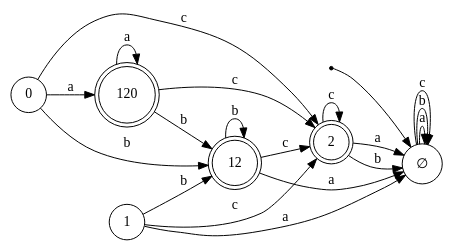
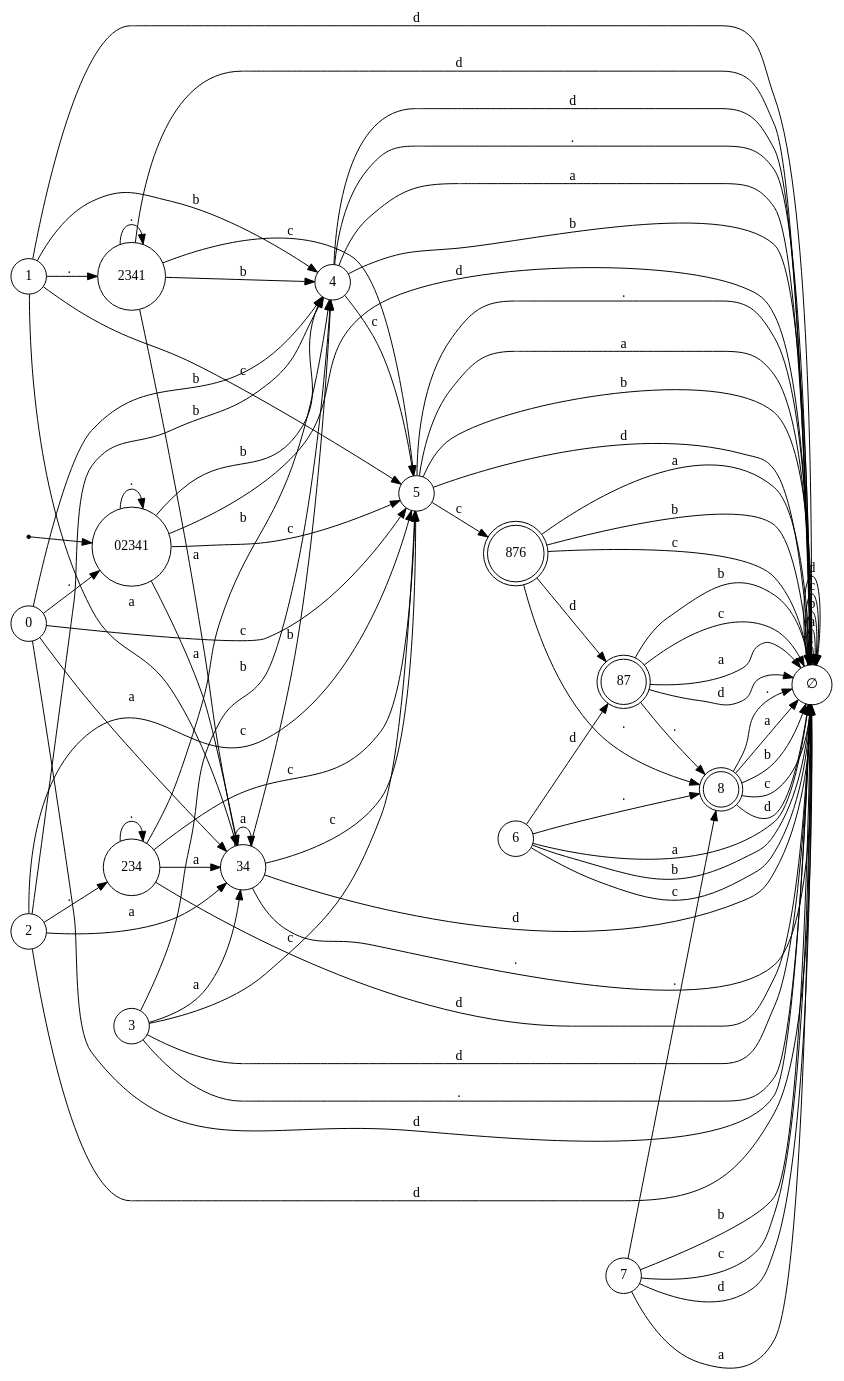
Before and after one commit to KoKoKotlin/AutomatonSimulator: the diagram in res/automaton.dot, drawn with Graphviz. The commit also changed 5 other files, not shown here.

```diff
--- a/res/automaton.dot
+++ b/res/automaton.dot
@@ -1,27 +1,89 @@
 digraph {
 	rankdir=LR
 	__start0__ [shape = point];
-	2 [shape=doublecircle]
-	120 [shape=doublecircle]
-	12 [shape=doublecircle]
+	8 [shape=doublecircle]
+	876 [shape=doublecircle]
+	87 [shape=doublecircle]
 	node [shape = circle];
-	__start0__ -> ∅
-	0 -> 120 [label = " a"]
-	0 -> 12 [label = " b"]
-	0 -> 2 [label = " c"]
-	1 -> ∅ [label = " a"]
-	1 -> 12 [label = " b"]
-	1 -> 2 [label = " c"]
-	2 -> ∅ [label = " a"]
-	2 -> ∅ [label = " b"]
-	2 -> 2 [label = " c"]
-	120 -> 120 [label = " a"]
-	120 -> 12 [label = " b"]
-	120 -> 2 [label = " c"]
-	12 -> ∅ [label = " a"]
-	12 -> 12 [label = " b"]
-	12 -> 2 [label = " c"]
+	__start0__ -> 02341
+	0 -> 02341 [label = " ."]
+	0 -> 34 [label = " a"]
+	0 -> 4 [label = " b"]
+	0 -> 5 [label = " c"]
+	0 -> ∅ [label = " d"]
+	1 -> 2341 [label = " ."]
+	1 -> 34 [label = " a"]
+	1 -> 4 [label = " b"]
+	1 -> 5 [label = " c"]
+	1 -> ∅ [label = " d"]
+	2 -> 234 [label = " ."]
+	2 -> 34 [label = " a"]
+	2 -> 4 [label = " b"]
+	2 -> 5 [label = " c"]
+	2 -> ∅ [label = " d"]
+	3 -> ∅ [label = " ."]
+	3 -> 34 [label = " a"]
+	3 -> 4 [label = " b"]
+	3 -> 5 [label = " c"]
+	3 -> ∅ [label = " d"]
+	4 -> ∅ [label = " ."]
+	4 -> ∅ [label = " a"]
+	4 -> ∅ [label = " b"]
+	4 -> 5 [label = " c"]
+	4 -> ∅ [label = " d"]
+	5 -> ∅ [label = " ."]
+	5 -> ∅ [label = " a"]
+	5 -> ∅ [label = " b"]
+	5 -> 876 [label = " c"]
+	5 -> ∅ [label = " d"]
+	6 -> 8 [label = " ."]
+	6 -> ∅ [label = " a"]
+	6 -> ∅ [label = " b"]
+	6 -> ∅ [label = " c"]
+	6 -> 87 [label = " d"]
+	7 -> 8 [label = " ."]
+	7 -> ∅ [label = " a"]
+	7 -> ∅ [label = " b"]
+	7 -> ∅ [label = " c"]
+	7 -> ∅ [label = " d"]
+	8 -> ∅ [label = " ."]
+	8 -> ∅ [label = " a"]
+	8 -> ∅ [label = " b"]
+	8 -> ∅ [label = " c"]
+	8 -> ∅ [label = " d"]
+	02341 -> 02341 [label = " ."]
+	02341 -> 34 [label = " a"]
+	02341 -> 4 [label = " b"]
+	02341 -> 5 [label = " c"]
+	02341 -> ∅ [label = " d"]
+	34 -> ∅ [label = " ."]
+	34 -> 34 [label = " a"]
+	34 -> 4 [label = " b"]
+	34 -> 5 [label = " c"]
+	34 -> ∅ [label = " d"]
+	∅ -> ∅ [label = " ."]
 	∅ -> ∅ [label = " a"]
 	∅ -> ∅ [label = " b"]
 	∅ -> ∅ [label = " c"]
+	∅ -> ∅ [label = " d"]
+	2341 -> 2341 [label = " ."]
+	2341 -> 34 [label = " a"]
+	2341 -> 4 [label = " b"]
+	2341 -> 5 [label = " c"]
+	2341 -> ∅ [label = " d"]
+	234 -> 234 [label = " ."]
+	234 -> 34 [label = " a"]
+	234 -> 4 [label = " b"]
+	234 -> 5 [label = " c"]
+	234 -> ∅ [label = " d"]
+	876 -> 8 [label = " ."]
+	876 -> ∅ [label = " a"]
+	876 -> ∅ [label = " b"]
+	876 -> ∅ [label = " c"]
+	876 -> 87 [label = " d"]
+	87 -> 8 [label = " ."]
+	87 -> ∅ [label = " a"]
+	87 -> ∅ [label = " b"]
+	87 -> ∅ [label = " c"]
+	87 -> ∅ [label = " d"]
 }
```
